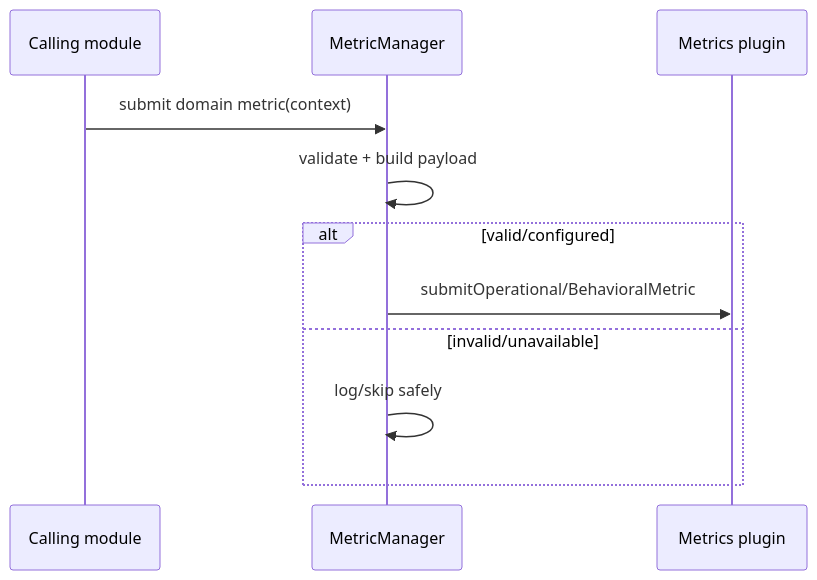
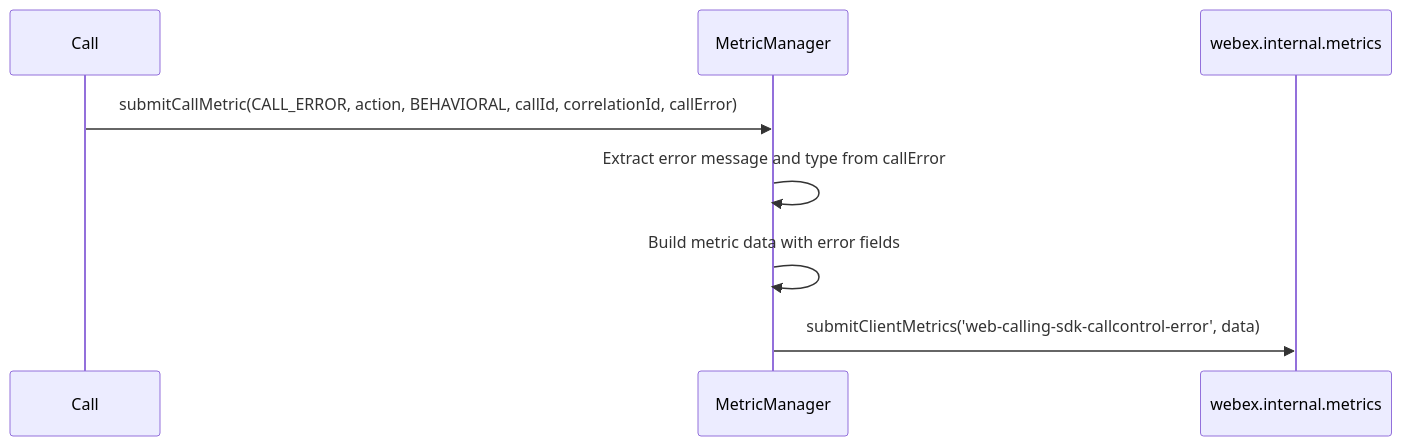
The fifth of 8 diagrams in packages/calling/src/Metrics/ai-docs/metrics-spec.md (webex/webex-js-sdk), drawn with Mermaid before and after one commit. The commit also changed other lines of this file and 59 other files, not shown here.

````diff
--- a/packages/calling/src/Metrics/ai-docs/metrics-spec.md
+++ b/packages/calling/src/Metrics/ai-docs/metrics-spec.md
@@ -73,13 +439,13 @@
 ```mermaid
 sequenceDiagram
- participant M as Calling module
- participant MM as MetricManager
- participant P as Metrics plugin
- M->>MM: submit domain metric(context)
- MM->>MM: validate + build payload
- alt valid/configured
-  MM->>P: submitOperational/BehavioralMetric
- else invalid/unavailable
-  MM->>MM: log/skip safely
- end
+    participant Call as Call
+    participant MM as MetricManager
+    participant SDK as webex.internal.metrics
+
+    Call->>MM: submitCallMetric(CALL_ERROR, action, BEHAVIORAL, callId, correlationId, callError)
+
+    MM->>MM: Extract error message and type from callError
+    MM->>MM: Build metric data with error fields
+
+    MM->>SDK: submitClientMetrics('web-calling-sdk-callcontrol-error', data)
 ```
````
